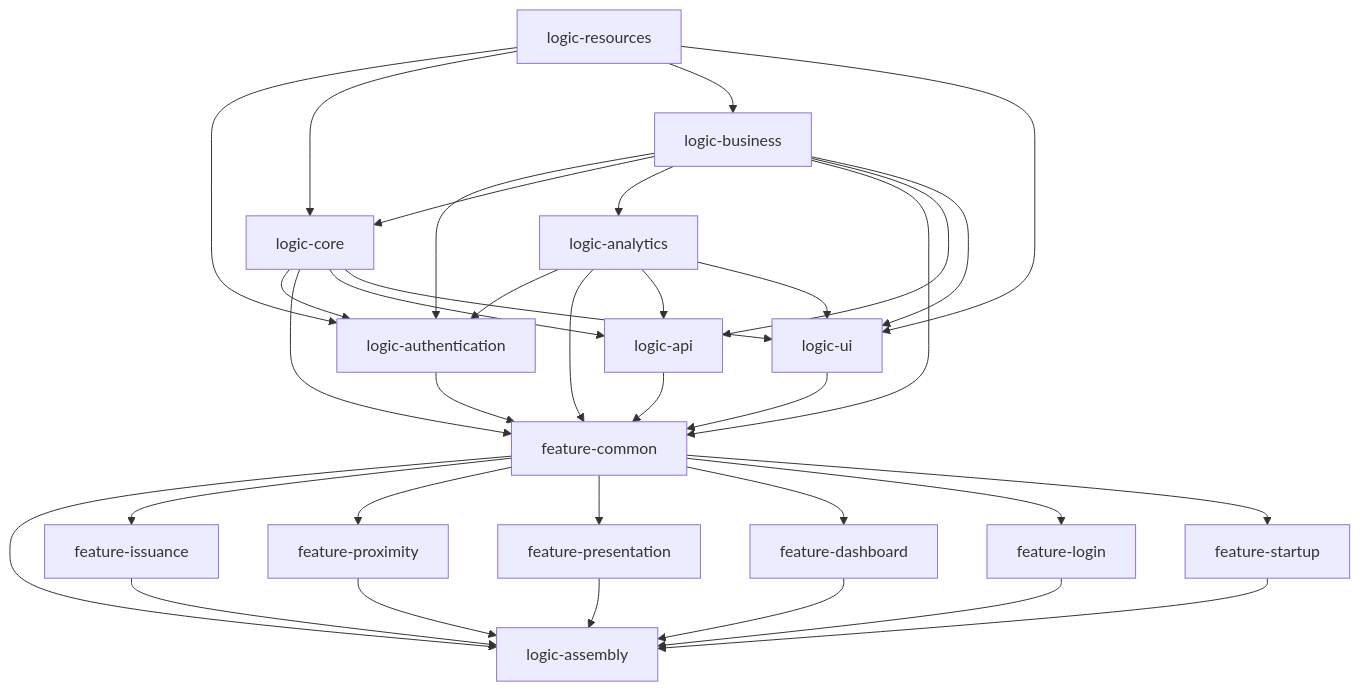
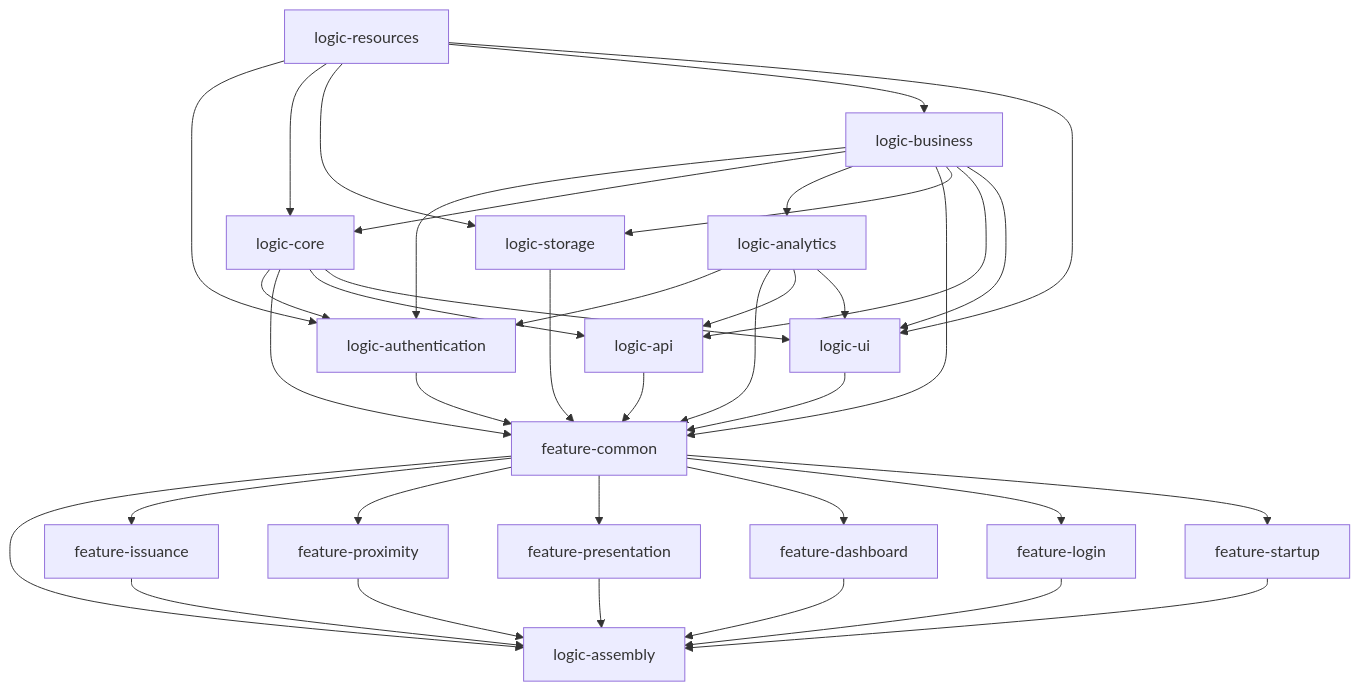
One commit to eu-digital-identity-wallet/eudi-app-ios-wallet-ui changed the diagram in README.md. Above: the diagram before and after it, drawn with Mermaid. The commit also changed other lines of this file and 36 other files, not shown here.

Commit message:
New Logic Storage Module for persistent storage caching, resolved some issues with mock generator, various improvements and corrections.

````diff
--- a/README.md
+++ b/README.md
@@ -241,52 +243,56 @@
 ```mermaid
 graph TD;
   logic-business --> logic-authentication
   logic-core --> logic-authentication
   logic-analytics --> logic-authentication
   logic-resources --> logic-authentication
 
   feature-common --> logic-assembly
   feature-startup --> logic-assembly
   feature-login --> logic-assembly
   feature-dashboard --> logic-assembly
   feature-presentation --> logic-assembly
   feature-issuance --> logic-assembly
   feature-proximity --> logic-assembly
 
   logic-business --> logic-core
   logic-resources --> logic-core
+  logic-resources --> logic-storage
 
   logic-business --> logic-analytics
 
   feature-common --> feature-issuance
 
   feature-common --> feature-proximity
 
   feature-common --> feature-presentation
 
   feature-common --> feature-dashboard
 
   feature-common --> feature-login
 
+  logic-storage --> feature-common
   logic-core --> feature-common
   logic-business --> feature-common
   logic-analytics --> feature-common
   logic-ui --> feature-common
   logic-api --> feature-common
   logic-authentication --> feature-common
 
   feature-common --> feature-startup
+
+  logic-business --> logic-storage
 
   logic-core --> logic-api
   logic-business --> logic-api
   logic-analytics --> logic-api
 
   logic-resources --> logic-business
 
   logic-business --> logic-ui
   logic-analytics --> logic-ui
   logic-resources --> logic-ui
 
   logic-core --> logic-ui
 
 ```
````
